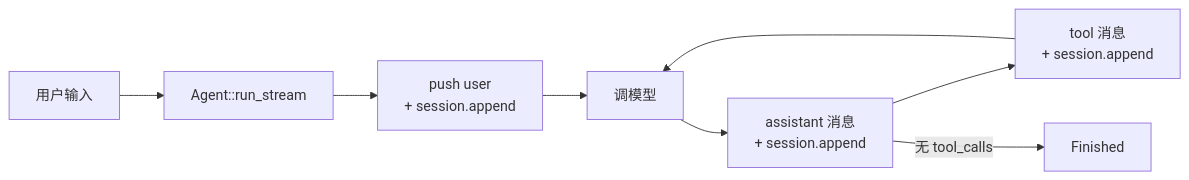
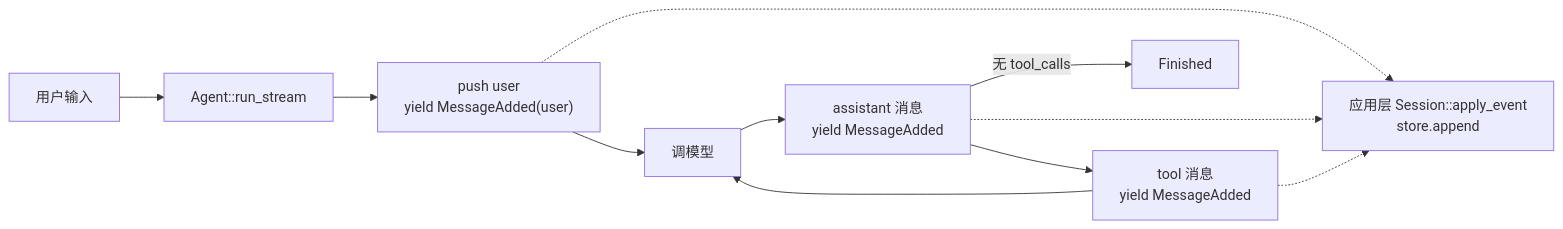
Before and after one commit to Seann0824/Shirley: the first of 3 diagrams in docs/session.md, drawn with Mermaid. The commit also changed other lines of this file and 17 other files, not shown here.

````diff
--- a/docs/session.md
+++ b/docs/session.md
@@ -167,10 +146,13 @@
 ```mermaid
 graph LR
     U["用户输入"] --> A["Agent::run_stream"]
-    A --> P["push user<br/>+ session.append"]
+    A --> P["push user<br/>yield MessageAdded(user)"]
     P --> M["调模型"]
-    M --> R["assistant 消息<br/>+ session.append"]
-    R --> T["tool 消息<br/>+ session.append"]
+    M --> R["assistant 消息<br/>yield MessageAdded"]
+    R --> T["tool 消息<br/>yield MessageAdded"]
     T --> M
     R -->|无 tool_calls| F["Finished"]
+    P -.-> AP["应用层 Session::apply_event<br/>store.append"]
+    R -.-> AP
+    T -.-> AP
 ```
````
